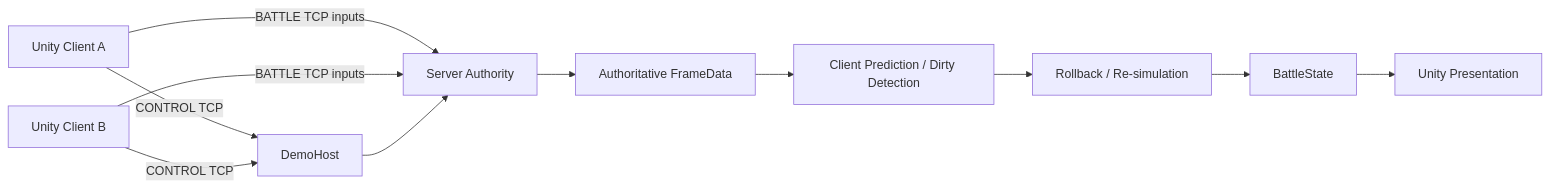
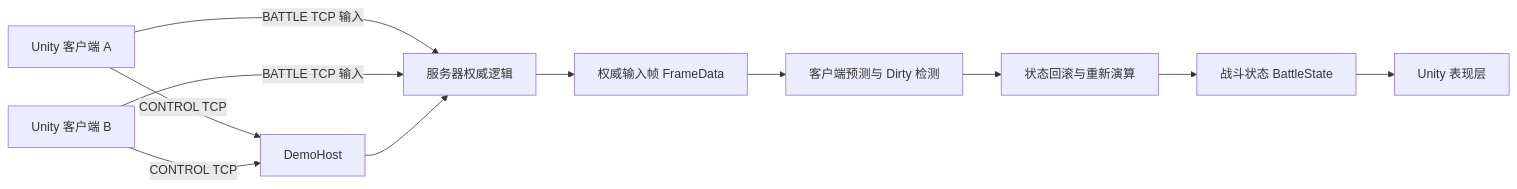
Before and after one commit to shaobaichen/LockstepArena_Portfolio: the diagram in README.md, drawn with Mermaid. The commit also changed other lines of this file, not shown here.

````diff
--- a/README.md
+++ b/README.md
@@ -28,13 +28,13 @@
 ```mermaid
 flowchart LR
-    A[Unity Client A] -->|CONTROL TCP| H[DemoHost]
-    B[Unity Client B] -->|CONTROL TCP| H
-    A -->|BATTLE TCP inputs| S[Server Authority]
-    B -->|BATTLE TCP inputs| S
+    A[Unity 客户端 A] -->|CONTROL TCP| H[DemoHost]
+    B[Unity 客户端 B] -->|CONTROL TCP| H
+    A -->|BATTLE TCP 输入| S[服务器权威逻辑]
+    B -->|BATTLE TCP 输入| S
     H --> S
-    S --> F[Authoritative FrameData]
-    F --> P[Client Prediction / Dirty Detection]
-    P --> R[Rollback / Re-simulation]
-    R --> State[BattleState]
-    State --> View[Unity Presentation]
+    S --> F[权威输入帧 FrameData]
+    F --> P[客户端预测与 Dirty 检测]
+    P --> R[状态回滚与重新演算]
+    R --> State[战斗状态 BattleState]
+    State --> View[Unity 表现层]
 ```
````
